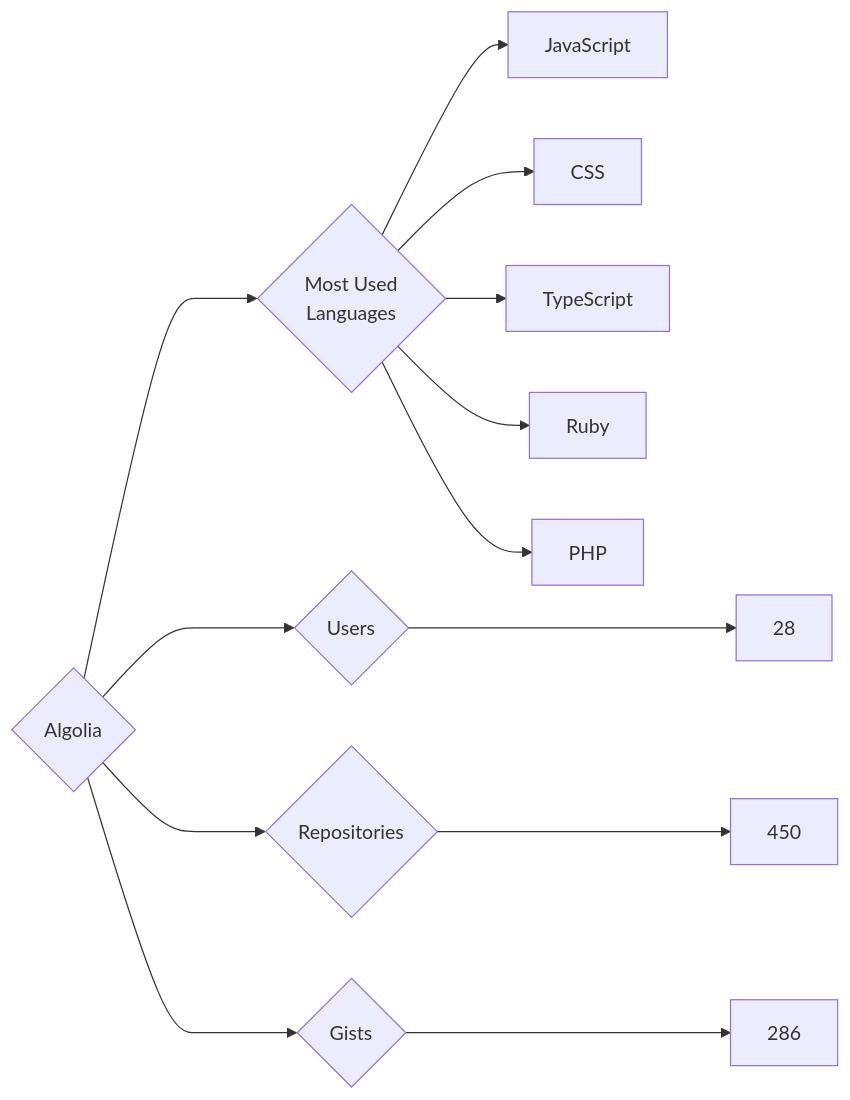
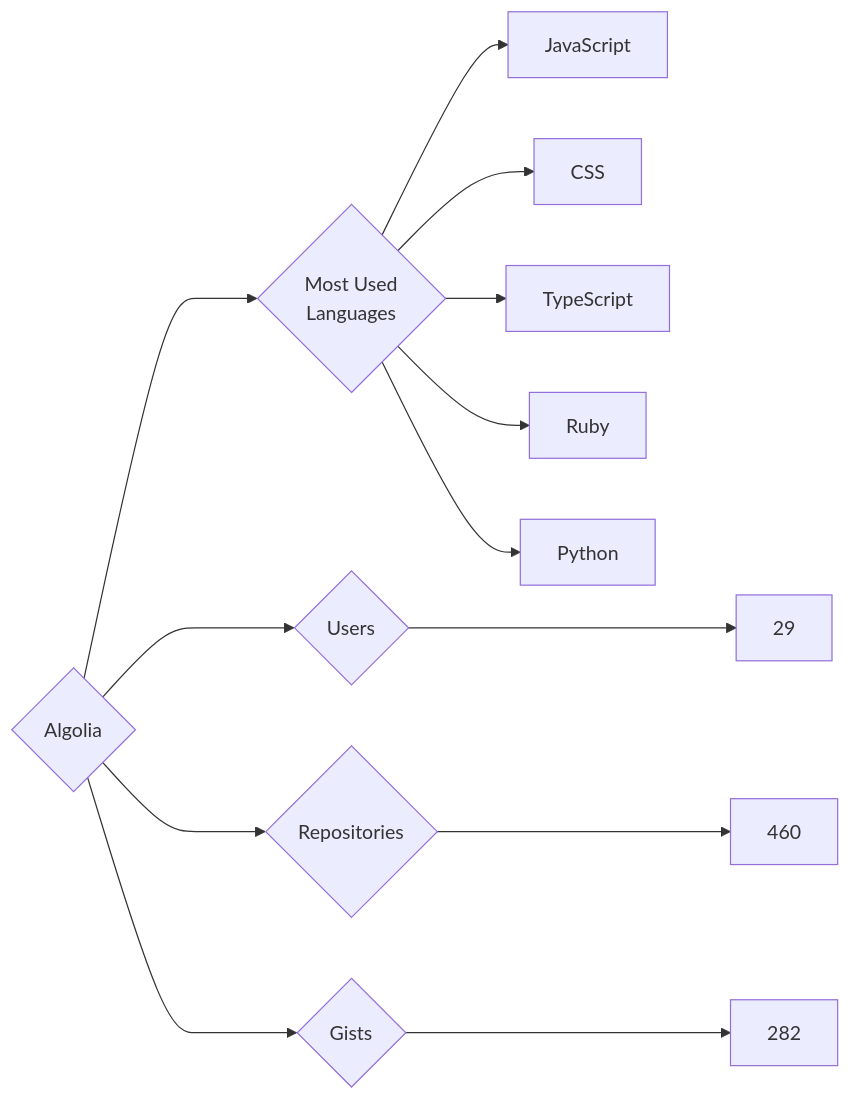
The diagram in targets/Algolia/README.md (trickest/insiders), drawn with Mermaid before and after one commit. The commit also changed 837 other files, not shown here.

````diff
--- a/targets/Algolia/README.md
+++ b/targets/Algolia/README.md
@@ -3,13 +3,13 @@
 ```mermaid
 graph LR
 COMPANY_NAME{Algolia}
-COMPANY_NAME ---> U{Users} ---> UN[28]
-COMPANY_NAME ---> R{Repositories} ---> RN[450]
-COMPANY_NAME ---> G{Gists} ---> GN[286]
+COMPANY_NAME ---> U{Users} ---> UN[29]
+COMPANY_NAME ---> R{Repositories} ---> RN[460]
+COMPANY_NAME ---> G{Gists} ---> GN[282]
 COMPANY_NAME ---> ML{Most Used<br>Languages}
 ML --> JavaScript[JavaScript]
 ML --> CSS[CSS]
 ML --> TypeScript[TypeScript]
 ML --> Ruby[Ruby]
-ML --> PHP[PHP]
+ML --> Python[Python]
 ```
````
